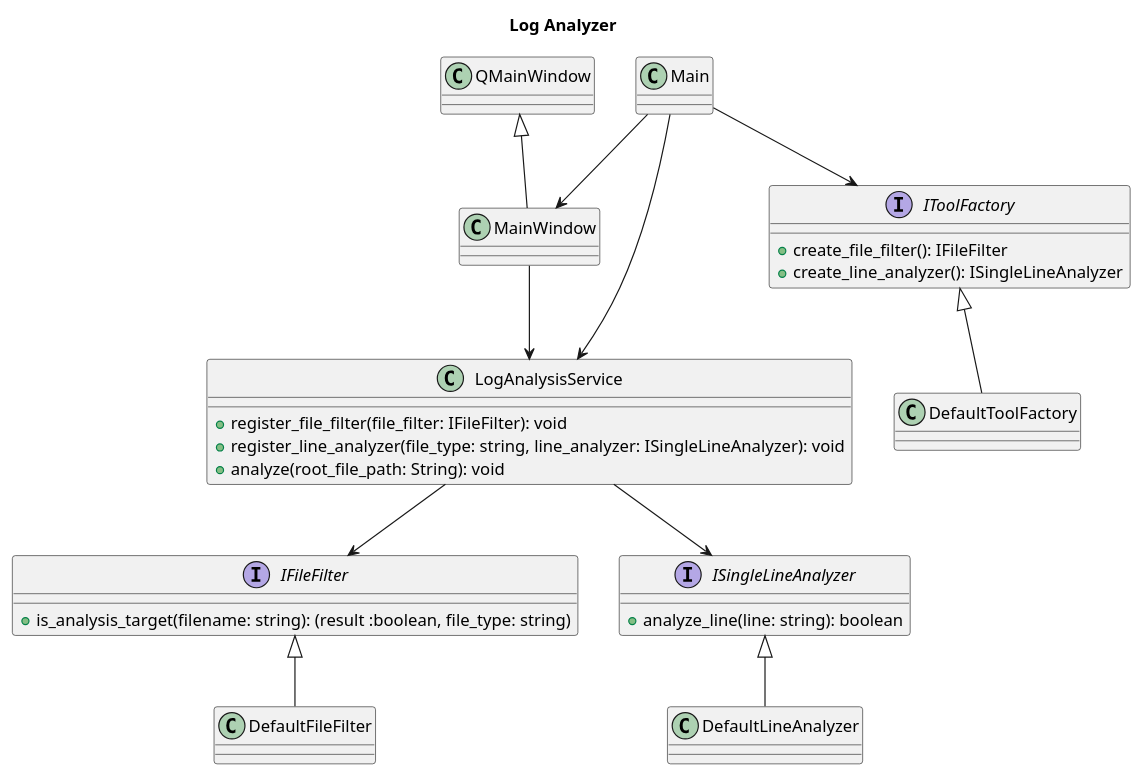
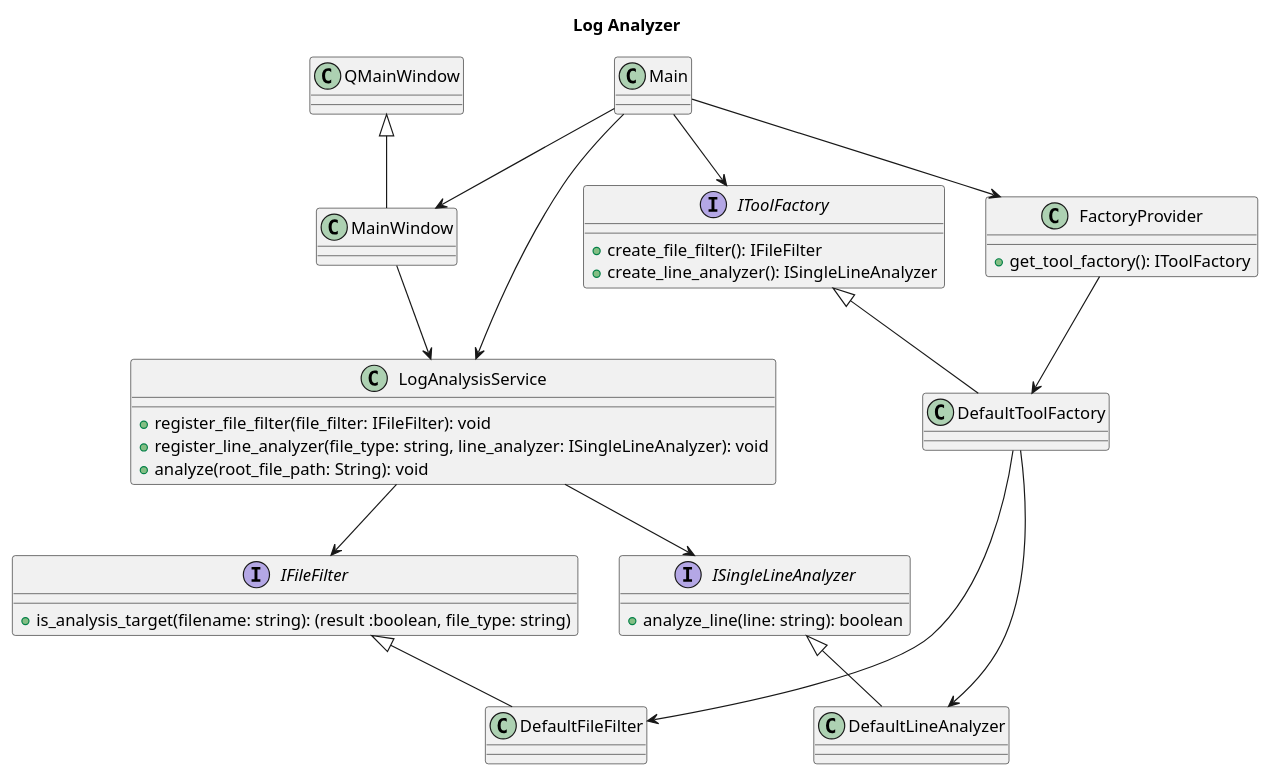
The diagram in doc/log_analyzer.puml (Takayoshi-Matsuyama/log_analyzer), drawn with PlantUML before and after one commit.

Commit message:
Updated - class diagram

```diff
--- a/doc/log_analyzer.puml
+++ b/doc/log_analyzer.puml
@@ -1,72 +1,83 @@
 @startuml log_analyzer
 
 'Copyright 2026 Takayoshi Matsuyama
 '
 'Licensed under the Apache License, Version 2.0 (the "License");
 'you may not use this file except in compliance with the License.
 'You may obtain a copy of the License at
 '
 '    http://www.apache.org/licenses/LICENSE-2.0
 '
 'Unless required by applicable law or agreed to in writing, software
 'distributed under the License is distributed on an "AS IS" BASIS,
 'WITHOUT WARRANTIES OR CONDITIONS OF ANY KIND, either express or implied.
 'See the License for the specific language governing permissions and
 'limitations under the License.
 
 title Log Analyzer
 
 
 
 interface IFileFilter
 {
     +is_analysis_target(filename: string): (result :boolean, file_type: string)
 }
 
 class DefaultFileFilter {}
 
 IFileFilter <|-- DefaultFileFilter
 
 interface ISingleLineAnalyzer
 {
     +analyze_line(line: string): boolean
 }
 
 class DefaultLineAnalyzer {}
 
 ISingleLineAnalyzer <|-- DefaultLineAnalyzer
 
 
 interface IToolFactory
 {
     +create_file_filter(): IFileFilter
     +create_line_analyzer(): ISingleLineAnalyzer
 }
 
 class DefaultToolFactory {}
 
 IToolFactory <|-- DefaultToolFactory
 
+DefaultToolFactory --> DefaultFileFilter
+DefaultToolFactory --> DefaultLineAnalyzer
+
 class LogAnalysisService
 {
     +register_file_filter(file_filter: IFileFilter): void
     +register_line_analyzer(file_type: string, line_analyzer: ISingleLineAnalyzer): void
     +analyze(root_file_path: String): void
 }
 
 class QMainWindow {}
 
 class MainWindow {}
 
 QMainWindow <|-- MainWindow
 
+class FactoryProvider
+ {
+    +get_tool_factory(): IToolFactory
+}
+
 class Main {}
+
+FactoryProvider --> DefaultToolFactory
 
 LogAnalysisService --> IFileFilter
 LogAnalysisService --> ISingleLineAnalyzer
+Main --> FactoryProvider
 Main --> IToolFactory
 Main --> LogAnalysisService
 Main --> MainWindow
 MainWindow --> LogAnalysisService
 
 @enduml
```
